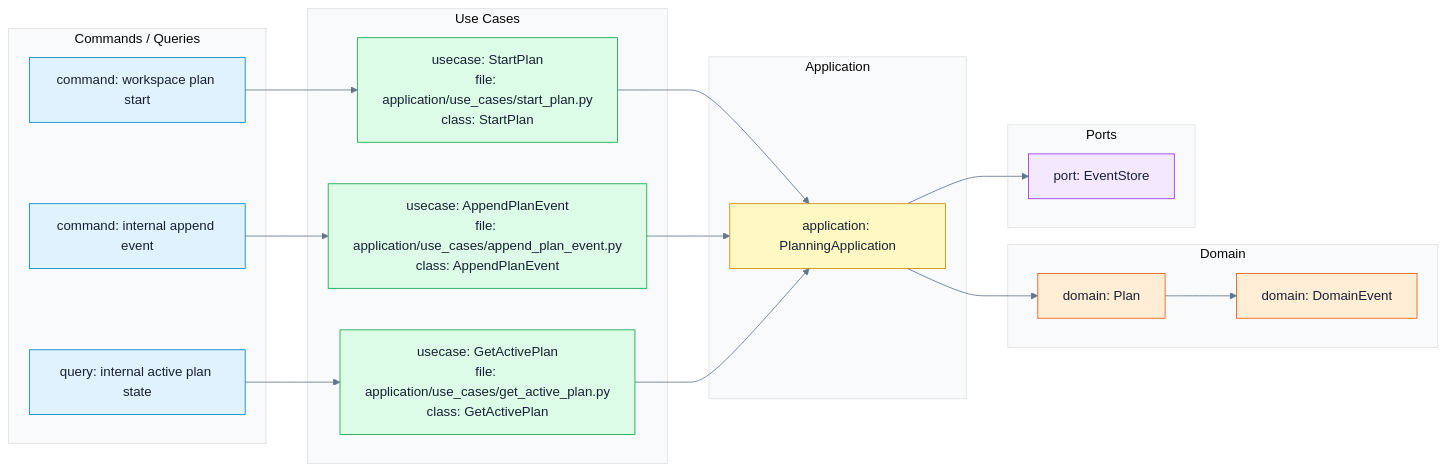
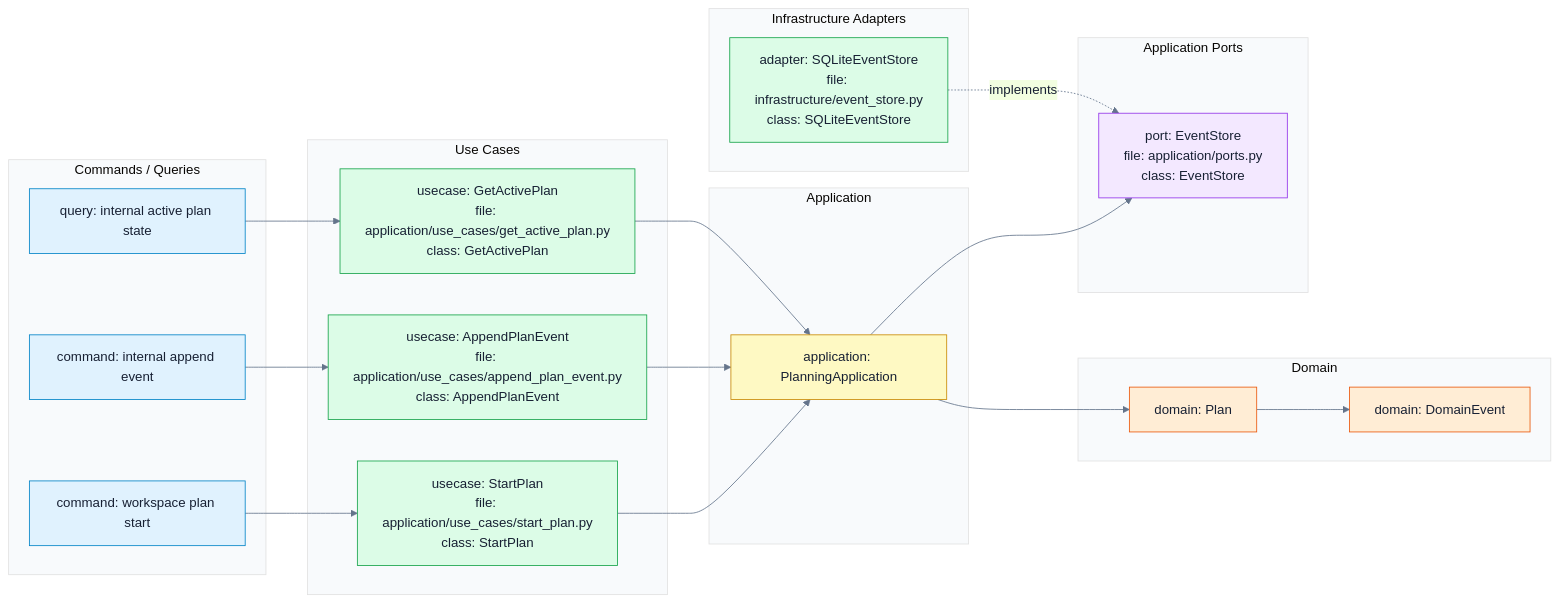
One commit to 9orky/enclosure changed the first of 3 diagrams in .enclosure/plans/planning-workflow/epics/event-sourced-core/SCHEMAS.md. Above: the diagram before and after it, drawn with Mermaid. The commit also changed other lines of this file and 19 other files, not shown here.

````diff
--- a/.enclosure/plans/planning-workflow/epics/event-sourced-core/SCHEMAS.md
+++ b/.enclosure/plans/planning-workflow/epics/event-sourced-core/SCHEMAS.md
@@ -7,50 +7,57 @@
 ```mermaid
 %% contract: use_cases
 %%{init: {"theme": "base", "themeVariables": {"primaryColor": "#e0f2fe", "primaryTextColor": "#172033", "primaryBorderColor": "#0284c7", "lineColor": "#64748b", "tertiaryColor": "#f8fafc"}}}%%
 flowchart LR
     subgraph commands["Commands / Queries"]
       cmd_start["command: workspace plan start"]
       cmd_append["command: internal append event"]
       cmd_get["query: internal active plan state"]
     end
 
     subgraph use_cases["Use Cases"]
       uc_start["usecase: StartPlan\nfile: application/use_cases/start_plan.py\nclass: StartPlan"]
       uc_append["usecase: AppendPlanEvent\nfile: application/use_cases/append_plan_event.py\nclass: AppendPlanEvent"]
       uc_get["usecase: GetActivePlan\nfile: application/use_cases/get_active_plan.py\nclass: GetActivePlan"]
     end
 
     subgraph app_layer["Application"]
       app["application: PlanningApplication"]
     end
 
     subgraph domain_layer["Domain"]
       aggregate["domain: Plan"]
       events["domain: DomainEvent"]
     end
 
-    subgraph ports["Ports"]
-      store["port: EventStore"]
+    subgraph ports["Application Ports"]
+      store["port: EventStore\nfile: application/ports.py\nclass: EventStore"]
+    end
+
+    subgraph adapters["Infrastructure Adapters"]
+      sqlite_store["adapter: SQLiteEventStore\nfile: infrastructure/event_store.py\nclass: SQLiteEventStore"]
     end
 
     cmd_start --> uc_start
     cmd_append --> uc_append
     cmd_get --> uc_get
     uc_start --> app
     uc_append --> app
     uc_get --> app
     app --> aggregate
     aggregate --> events
     app --> store
+    sqlite_store -. implements .-> store
 
     classDef command fill:#e0f2fe,stroke:#0284c7,color:#172033;
     classDef usecase fill:#dcfce7,stroke:#16a34a,color:#172033;
     classDef app fill:#fef9c3,stroke:#ca8a04,color:#172033;
     classDef domain fill:#ffedd5,stroke:#ea580c,color:#172033;
     classDef port fill:#f3e8ff,stroke:#9333ea,color:#172033;
+    classDef adapter fill:#dcfce7,stroke:#16a34a,color:#172033;
     class cmd_start,cmd_append,cmd_get command;
     class uc_start,uc_append,uc_get usecase;
     class app app;
     class aggregate,events domain;
     class store port;
+    class sqlite_store adapter;
 ```
````
